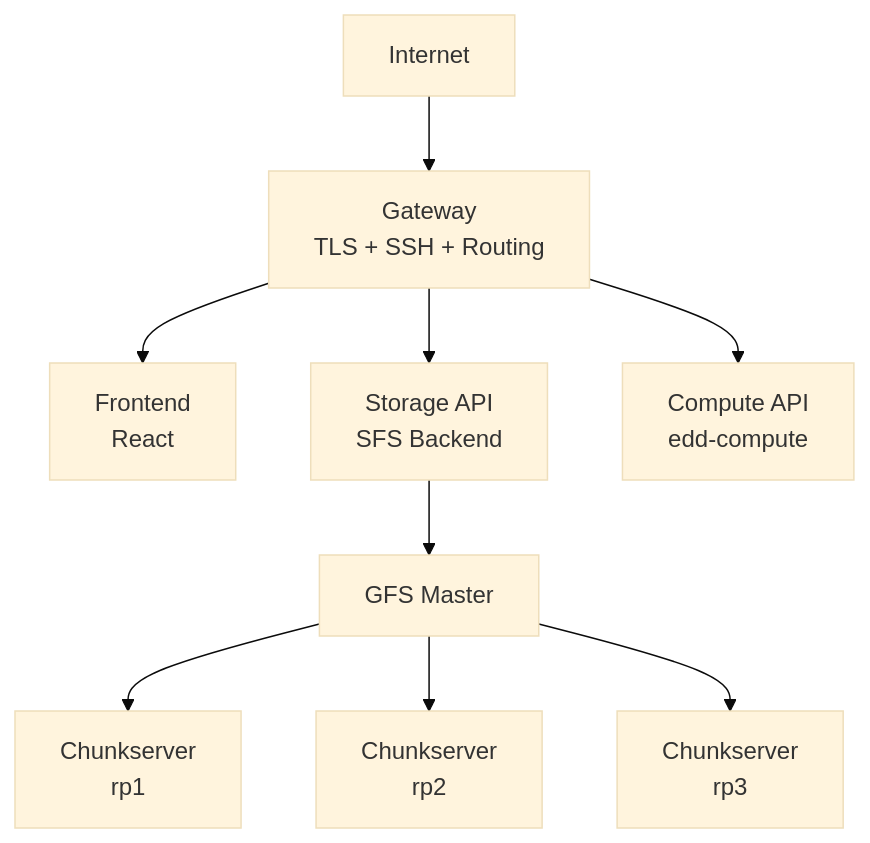
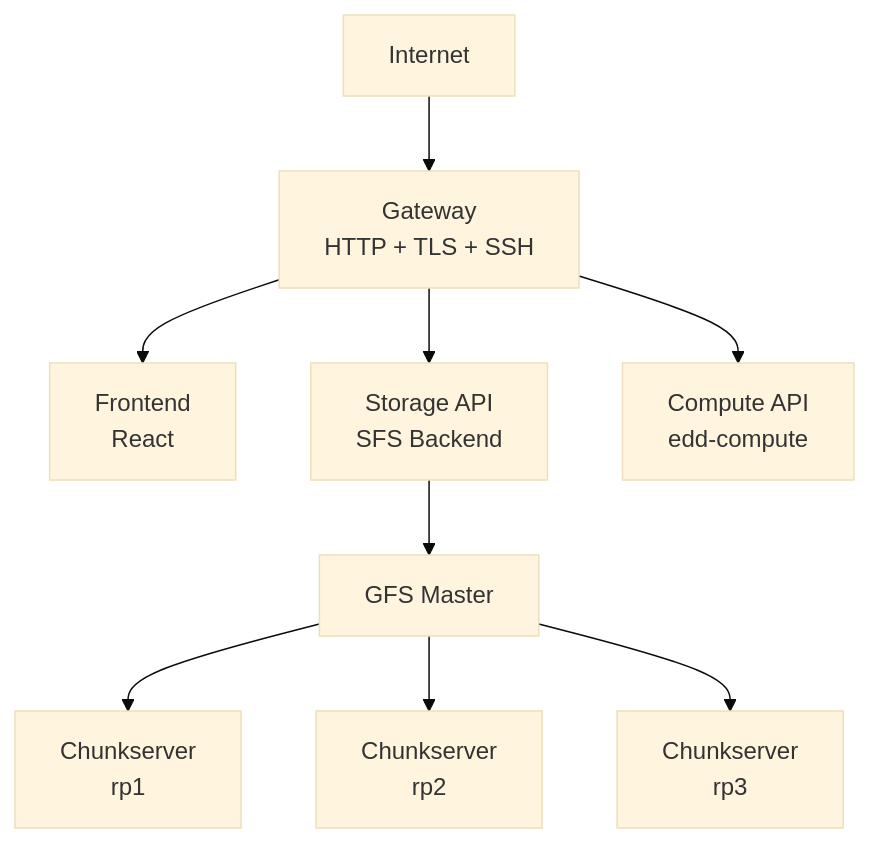
The first of 2 diagrams in docs/architecture.md (EddisonSo/cloud), drawn with Mermaid (base theme) before and after one commit.

Commit message:
Add HTTP to gateway description in architecture diagram

````diff
--- a/docs/architecture.md
+++ b/docs/architecture.md
@@ -9,16 +9,16 @@
 ```mermaid
 flowchart TB
     Internet[Internet]
 
-    Internet --> Gateway[Gateway<br/>TLS + SSH + Routing]
+    Internet --> Gateway[Gateway<br/>HTTP + TLS + SSH]
 
     Gateway --> Frontend[Frontend<br/>React]
     Gateway --> Storage[Storage API<br/>SFS Backend]
     Gateway --> Compute[Compute API<br/>edd-compute]
 
     Storage --> GFSMaster[GFS Master]
 
     GFSMaster --> Chunk1[Chunkserver<br/>rp1]
     GFSMaster --> Chunk2[Chunkserver<br/>rp2]
     GFSMaster --> Chunk3[Chunkserver<br/>rp3]
 ```
````
